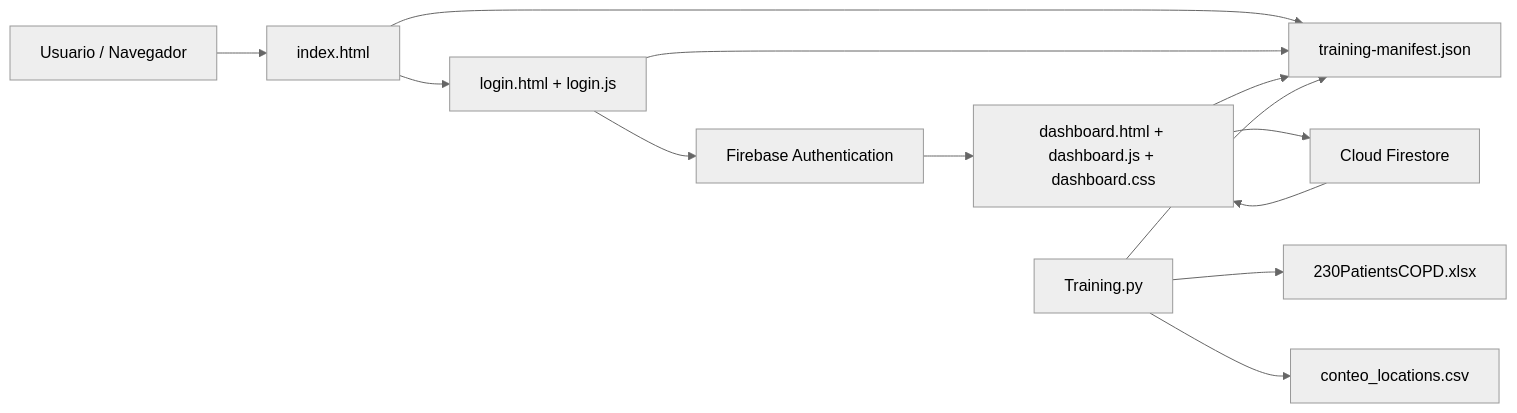
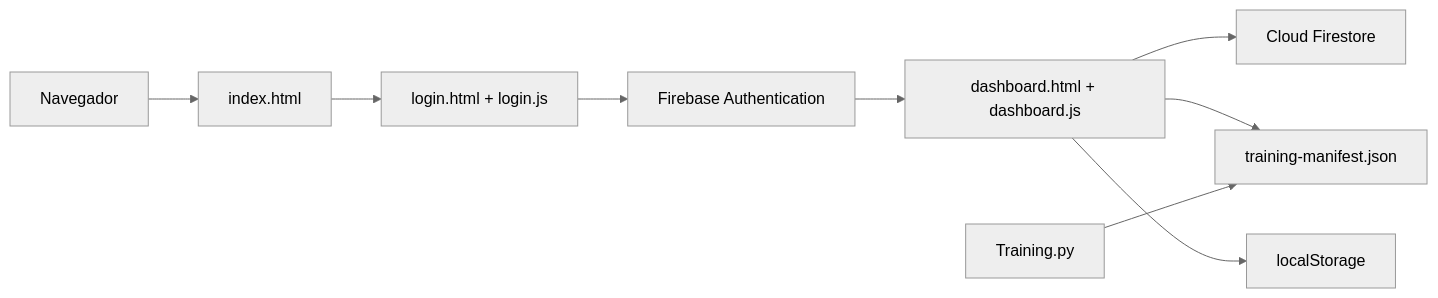
One commit to DavidEBM/TestTesis changed the second of 2 diagrams in detalles.md. Above: the diagram before and after it, drawn with Mermaid (neutral theme). The commit also changed other lines of this file and 7 other files, not shown here.

````diff
--- a/detalles.md
+++ b/detalles.md
@@ -556,26 +446,11 @@
 ```mermaid
 flowchart LR
-    U[Usuario / Navegador]
-    I[index.html]
-    M0[training-manifest.json]
-    L[login.html + login.js]
-    D[dashboard.html + dashboard.js + dashboard.css]
-    F[Firebase Authentication]
-    FS[Cloud Firestore]
-    T1[Training.py]
-    T2[230PatientsCOPD.xlsx]
-    T3[conteo_locations.csv]
-
-    U --> I
-    I --> M0
-    I --> L
-    L --> F
-    L --> M0
-    F --> D
-    D --> FS
-    D --> M0
-    FS --> D
-    T1 --> T2
-    T1 --> T3
-    T1 --> M0
+    U["Navegador"] --> I["index.html"]
+    I --> L["login.html + login.js"]
+    L --> A["Firebase Authentication"]
+    A --> D["dashboard.html + dashboard.js"]
+    D --> F["Cloud Firestore"]
+    D --> M["training-manifest.json"]
+    D --> LS["localStorage"]
+    T["Training.py"] --> M
 ```
````
